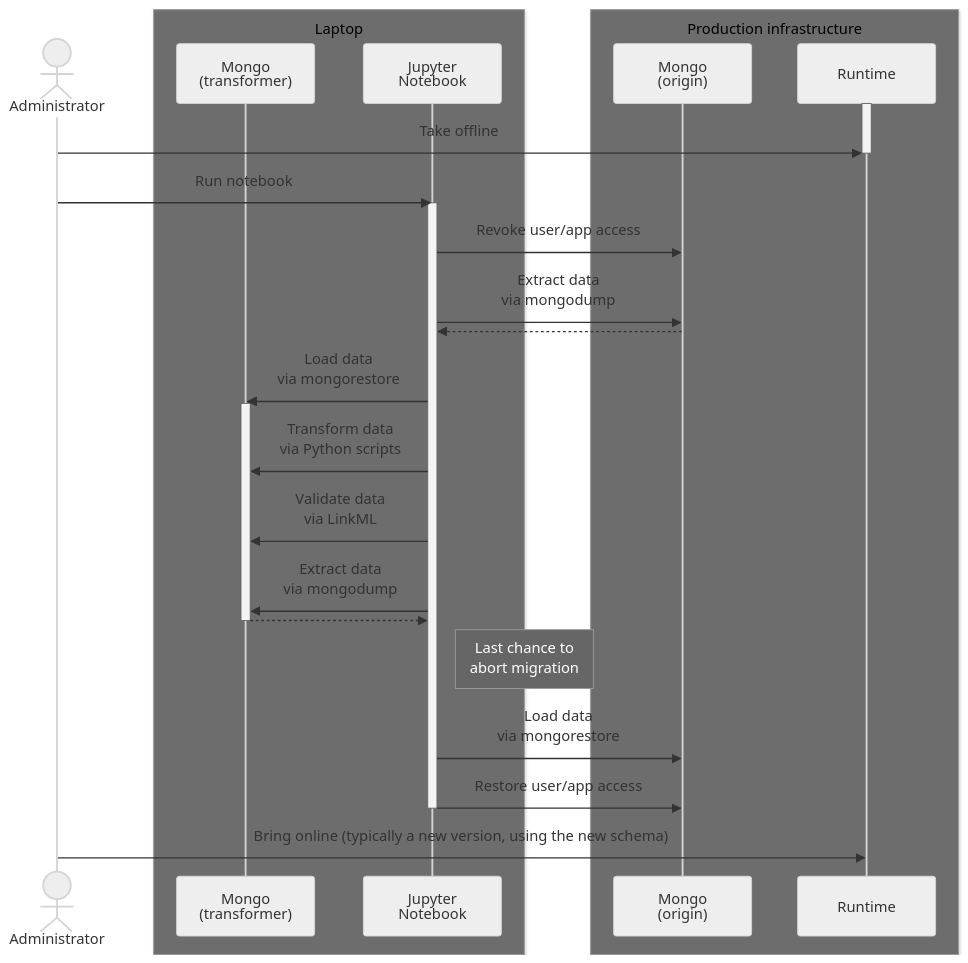
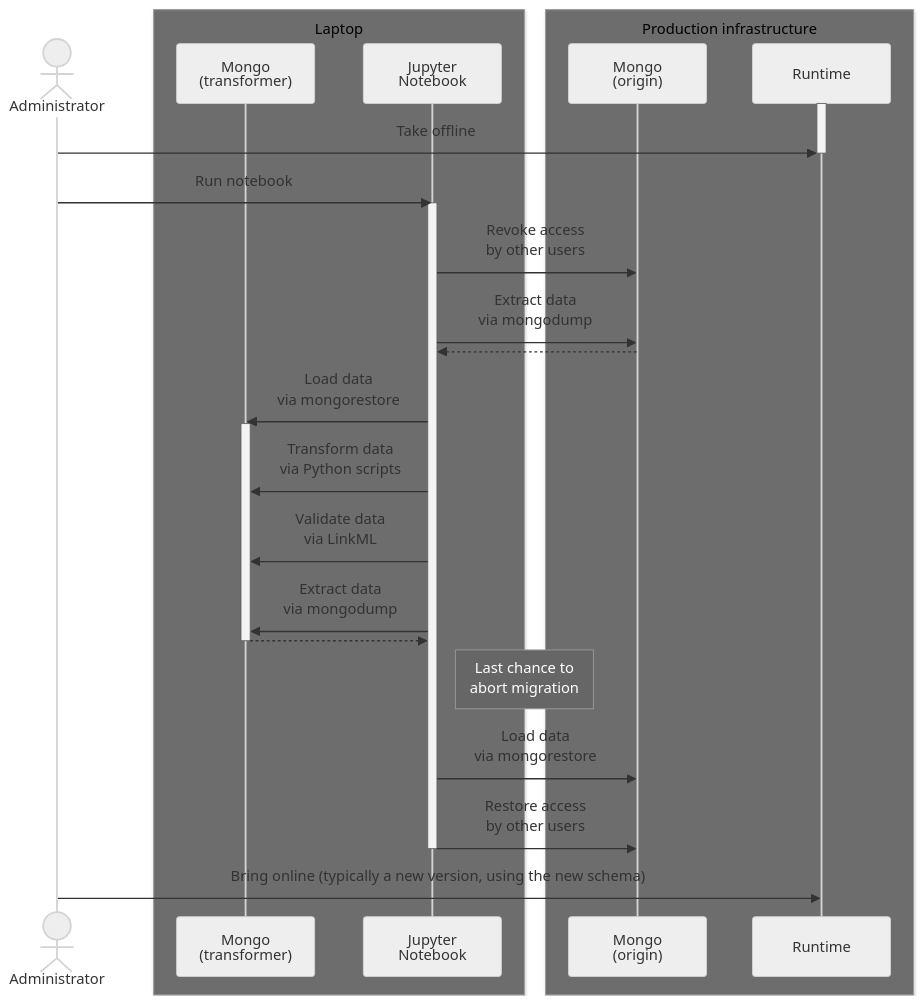
Before and after one commit to microbiomedata/nmdc-runtime: the diagram in docs/content/howto-guides/database-migration.md, drawn with Mermaid (neutral theme).

Commit message:
Clarify arrow text in Mermaid diagram

````diff
--- a/docs/content/howto-guides/database-migration.md
+++ b/docs/content/howto-guides/database-migration.md
@@ -27,42 +27,42 @@
 ```mermaid
 %% This is a Mermaid diagram.
 %% Docs: https://docs.mermaidchart.com/mermaid-oss/syntax/sequenceDiagram.html
 
 sequenceDiagram
     actor USER as Administrator
 
     box rgba(0, 0, 0, 0.5) Laptop
         participant DB_T as Mongo<br>(transformer)
         participant NB   as Jupyter<br>Notebook
     end
 
     box rgba(0, 0, 0, 0.5) Production infrastructure
         participant DB_O    as Mongo<br>(origin)
         participant RUNTIME as Runtime
     end
 
     activate RUNTIME
     USER ->> RUNTIME: Take offline
     deactivate RUNTIME
 
     USER ->> NB: Run notebook
 
     activate NB
-    NB ->> DB_O: Revoke user/app access
+    NB ->> DB_O: Revoke access<br>by other users
     NB ->> DB_O: Extract data<br>via mongodump
     DB_O -->> NB: 
     NB ->> DB_T: Load data<br>via mongorestore
     activate DB_T
     NB ->> DB_T: Transform data<br>via Python scripts
     NB ->> DB_T: Validate data<br>via LinkML
     NB ->> DB_T: Extract data<br>via mongodump
     DB_T -->> NB: 
     deactivate DB_T
     Note right of NB: Last chance to<br>abort migration
     NB ->> DB_O: Load data<br>via mongorestore
-    NB ->> DB_O: Restore user/app access
+    NB ->> DB_O: Restore access<br>by other users
     deactivate NB
 
     USER ->> RUNTIME: Bring online (typically a new version, using the new schema)
     activate RUNTIME
 ```
````
